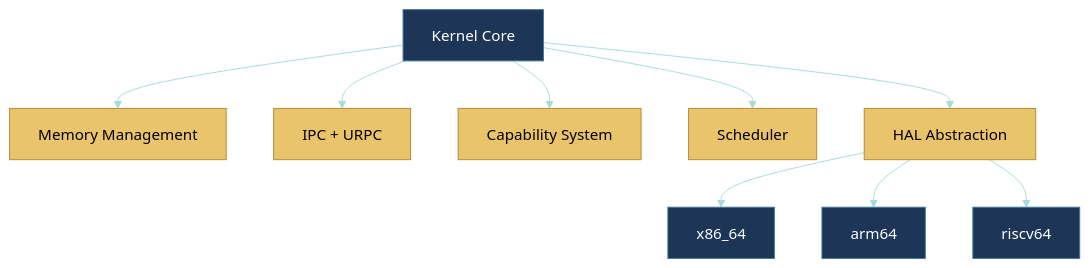
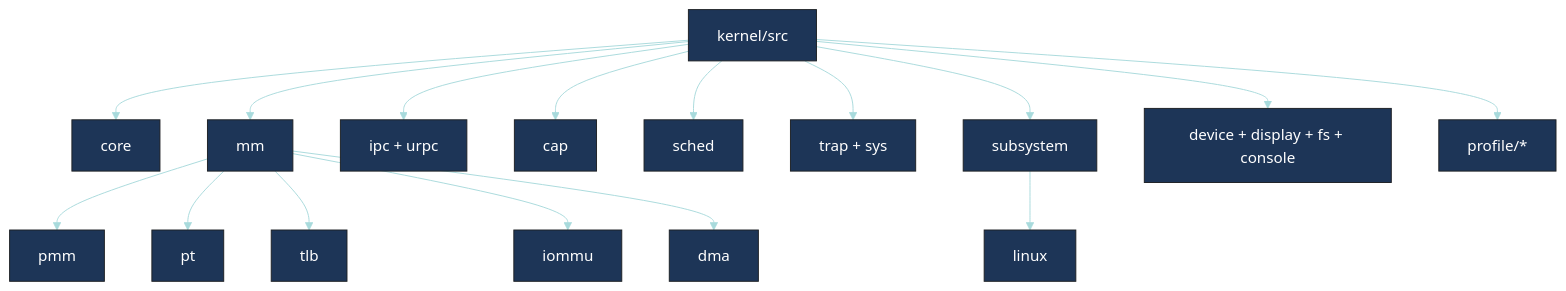
Before and after one commit to CloudCarpentry/Bharat-OS: the diagram in docs/architecture/components/kernel-subcomponents-architecture.md, drawn with Mermaid. The commit also changed other lines of this file and 884 other files, not shown here.

````diff
--- a/docs/architecture/components/kernel-subcomponents-architecture.md
+++ b/docs/architecture/components/kernel-subcomponents-architecture.md
@@ -7,23 +7,21 @@
 ```mermaid
-%%{init: {'theme':'base','themeVariables':{'primaryColor':'#1d3557','primaryTextColor':'#ffffff','primaryBorderColor':'#457b9d','lineColor':'#a8dadc','secondaryColor':'#2a9d8f','tertiaryColor':'#264653','fontFamily':'Inter'}}}%%
+%%{init: {'theme':'base','themeVariables':{'primaryColor':'#1d3557','primaryTextColor':'#ffffff','lineColor':'#a8dadc','fontFamily':'Inter'}}}%%
 graph TD
-    K[Kernel Core] --> MM[Memory Management]
-    K --> IPC[IPC + URPC]
-    K --> CAP[Capability System]
-    K --> SCH[Scheduler]
-    K --> HAL[HAL Abstraction]
+    K[kernel/src] --> CORE[core]
+    K --> MM[mm]
+    K --> IPC[ipc + urpc]
+    K --> CAP[cap]
+    K --> SCHED[sched]
+    K --> TRAP[trap + sys]
+    K --> SUBSYS[subsystem]
+    K --> DEVICE[device + display + fs + console]
+    K --> PROFILE[profile/*]
 
-    HAL --> X86[x86_64]
-    HAL --> ARM[arm64]
-    HAL --> RV[riscv64]
+    MM --> PMM[pmm]
+    MM --> PT[pt]
+    MM --> TLB[tlb]
+    MM --> IOMMU[iommu]
+    MM --> DMA[dma]
 
-    classDef done fill:#2a9d8f,stroke:#1f7a68,color:#fff;
-    classDef partial fill:#e9c46a,stroke:#b5892e,color:#000;
-    classDef todo fill:#e76f51,stroke:#b24d35,color:#fff;
-
-    MM:::partial
-    IPC:::partial
-    CAP:::partial
-    SCH:::partial
-    HAL:::partial
+    SUBSYS --> LINUX[linux]
 ```
````
